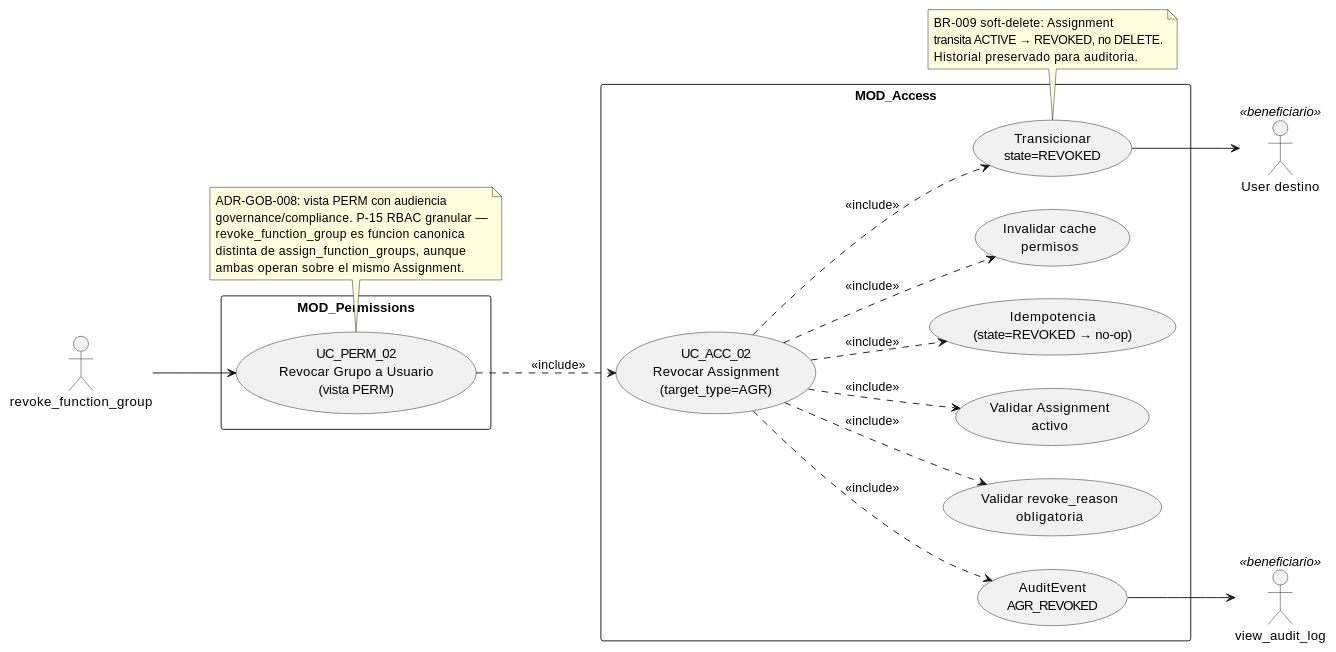
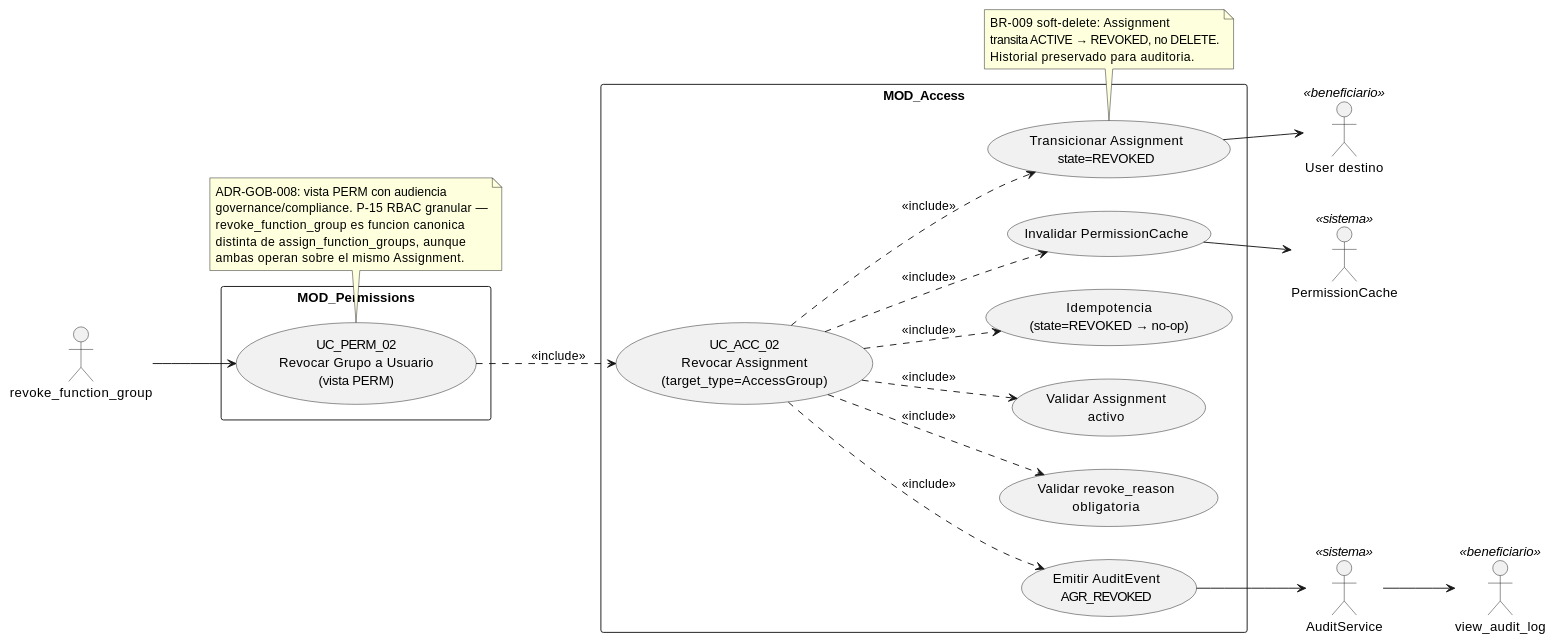
Before and after one commit to jcg-admin/IACT-docs: the diagram in source/requisitos/casos-uso/permissions/uc-perm-02/diagramas-uml/diagrama-de-caso-de-uso.rst, drawn with PlantUML. The commit also changed other lines of this file and 52 other files, not shown here.

```diff
--- a/source/requisitos/casos-uso/permissions/uc-perm-02/diagramas-uml/diagrama-de-caso-de-uso.rst
+++ b/source/requisitos/casos-uso/permissions/uc-perm-02/diagramas-uml/diagrama-de-caso-de-uso.rst
@@ -4,52 +4,56 @@
 .. uml::
  :caption: UC_PERM_02 — vista PERM de UC_ACC_02 (sobre AGR)
 
  @startuml
 
  left to right direction
 
  actor "revoke_function_group" as INVOKER
  actor "User destino" as TARGET <<beneficiario>>
  actor "view_audit_log" as view_audit_log <<beneficiario>>
+ actor "PermissionCache" as PC <<sistema>>
+ actor "AuditService" as AS <<sistema>>
 
  rectangle "MOD_Permissions" {
    usecase "UC_PERM_02\nRevocar Grupo a Usuario\n(vista PERM)" as UC_PERM_02
  }
 
  rectangle "MOD_Access" {
-   usecase "UC_ACC_02\nRevocar Assignment\n(target_type=AGR)" as UC_ACC_02
+   usecase "UC_ACC_02\nRevocar Assignment\n(target_type=AccessGroup)" as UC_ACC_02
    usecase "Validar revoke_reason\nobligatoria" as VALIDAR_REASON
    usecase "Validar Assignment\nactivo" as VALIDAR_ASSIGNMENT
    usecase "Idempotencia\n(state=REVOKED → no-op)" as IDEMP
-   usecase "Transicionar\nstate=REVOKED" as PERSISTIR
-   usecase "Invalidar cache\npermisos" as CACHE_PERMISOS
-   usecase "AuditEvent\nAGR_REVOKED" as AUDIT
+   usecase "Transicionar Assignment\nstate=REVOKED" as PERSISTIR
+   usecase "Invalidar PermissionCache" as CACHE_INV
+   usecase "Emitir AuditEvent\nAGR_REVOKED" as AUDIT
  }
 
  INVOKER --> UC_PERM_02
  UC_PERM_02 ..> UC_ACC_02 : <<include>>
  UC_ACC_02 ..> VALIDAR_REASON : <<include>>
  UC_ACC_02 ..> VALIDAR_ASSIGNMENT : <<include>>
  UC_ACC_02 ..> IDEMP : <<include>>
  UC_ACC_02 ..> PERSISTIR : <<include>>
- UC_ACC_02 ..> CACHE_PERMISOS : <<include>>
+ UC_ACC_02 ..> CACHE_INV : <<include>>
  UC_ACC_02 ..> AUDIT : <<include>>
 
- AUDIT --> view_audit_log
+ CACHE_INV --> PC
+ AUDIT --> AS
+ AS --> view_audit_log
  PERSISTIR --> TARGET
 
  note bottom of UC_PERM_02
    ADR-GOB-008: vista PERM con audiencia
    governance/compliance. P-15 RBAC granular —
    revoke_function_group es funcion canonica
    distinta de assign_function_groups, aunque
    ambas operan sobre el mismo Assignment.
  end note
 
  note bottom of PERSISTIR
    BR-009 soft-delete: Assignment
    transita ACTIVE → REVOKED, no DELETE.
    Historial preservado para auditoria.
  end note
 
  @enduml
```
